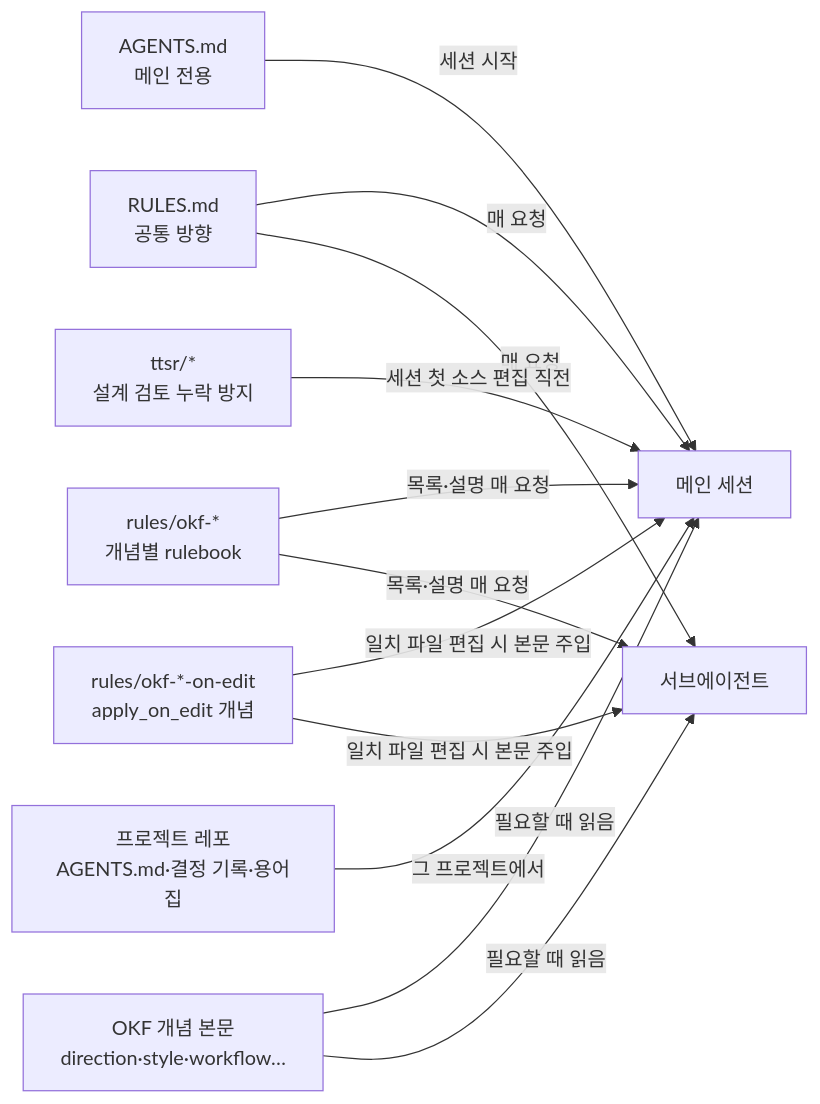
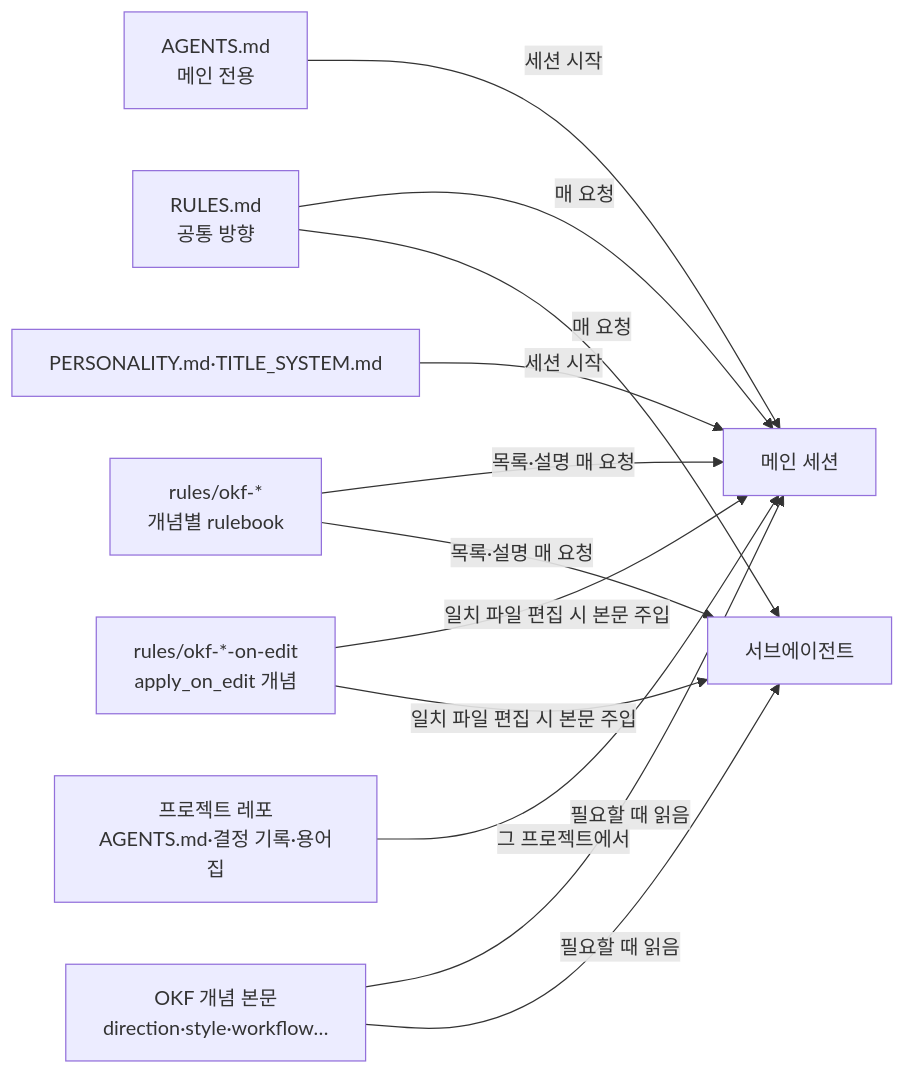
Before and after one commit to Ho-Gyu-Lee/hello-omp: the diagram in README.md, drawn with Mermaid. The commit also changed other lines of this file and 55 other files, not shown here.

````diff
--- a/README.md
+++ b/README.md
@@ -26,14 +28,14 @@
 ```mermaid
 flowchart LR
   R[RULES.md<br/>공통 방향] -->|매 요청| M[메인 세션]
   R -->|매 요청| S[서브에이전트]
   A[AGENTS.md<br/>메인 전용] -->|세션 시작| M
   B[rules/okf-*<br/>개념별 rulebook] -->|목록·설명 매 요청| M
   B -->|목록·설명 매 요청| S
   T[rules/okf-*-on-edit<br/>apply_on_edit 개념] -->|일치 파일 편집 시 본문 주입| M
   T -->|일치 파일 편집 시 본문 주입| S
-  D[ttsr/*<br/>설계 검토 누락 방지] -->|세션 첫 소스 편집 직전| M
+  P2[PERSONALITY.md·TITLE_SYSTEM.md] -->|세션 시작| M
   O[OKF 개념 본문<br/>direction·style·workflow…] -->|필요할 때 읽음| M
   O -->|필요할 때 읽음| S
   P[프로젝트 레포<br/>AGENTS.md·결정 기록·용어집] -->|그 프로젝트에서| M
 ```
````
